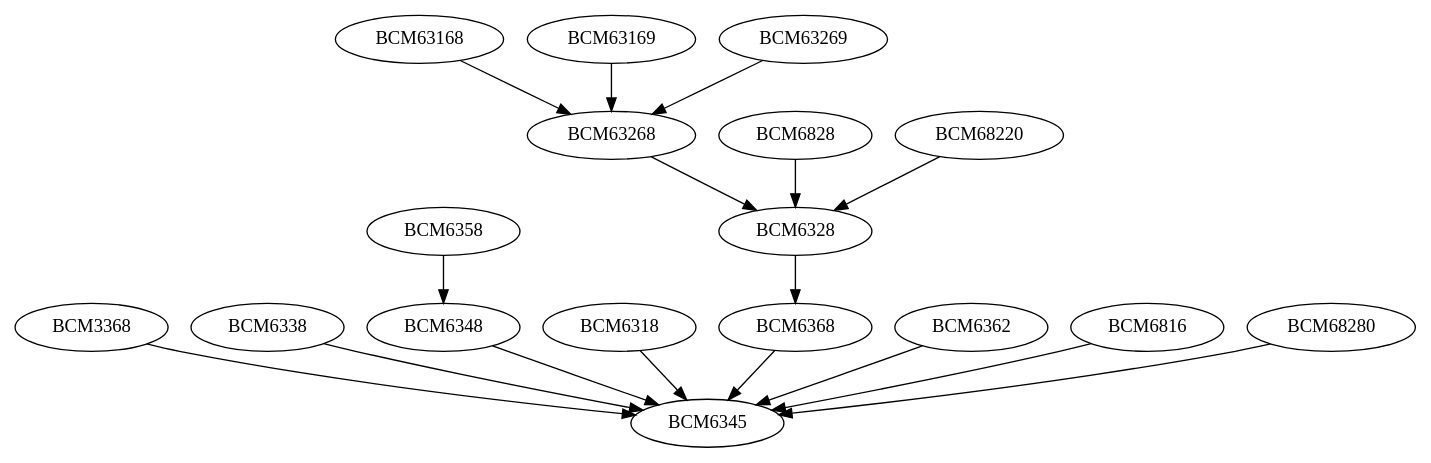
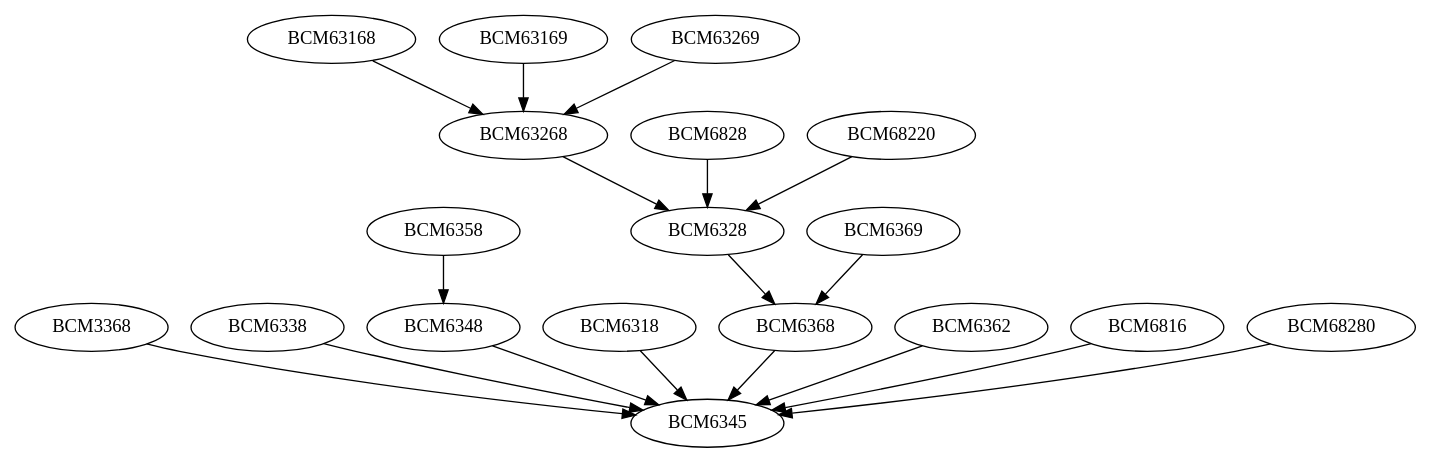
One commit to lp0/bcm changed the diagram in bcm.dot. Above: the diagram before and after it, drawn with Graphviz. The commit also changed 1 other file, not shown here.

Commit message:
add BCM6369

```diff
--- a/bcm.dot
+++ b/bcm.dot
@@ -1,30 +1,31 @@
 digraph bcm {
 	BCM3368 -> BCM6345;
 
 	BCM6338 -> BCM6345;
 
 	BCM6348 -> BCM6345;
 
 	BCM6318 -> BCM6345;
 
 	BCM6328 -> BCM6368;
 
 	BCM63268 -> BCM6328;
 	BCM63168 -> BCM63268;
 	BCM63169 -> BCM63268;
 	BCM63269 -> BCM63268;
 
 	BCM6358 -> BCM6348;
 
 	BCM6362 -> BCM6345;
 
 	BCM6368 -> BCM6345;
+	BCM6369 -> BCM6368;
 
 	BCM6816 -> BCM6345;
 
 	BCM6828 -> BCM6328;
 
 	BCM68220 -> BCM6328;
 
 	BCM68280 -> BCM6345;
 }
```
